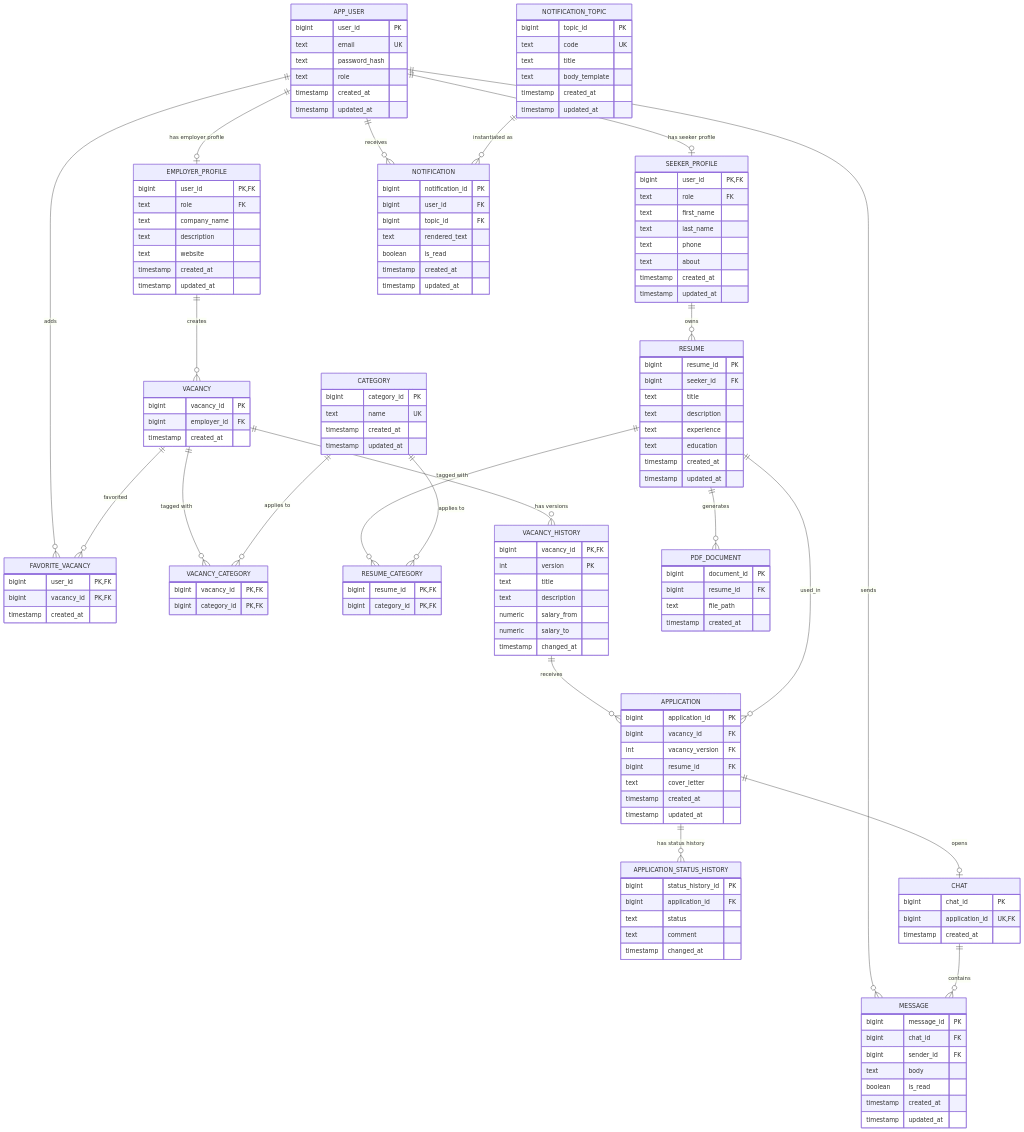
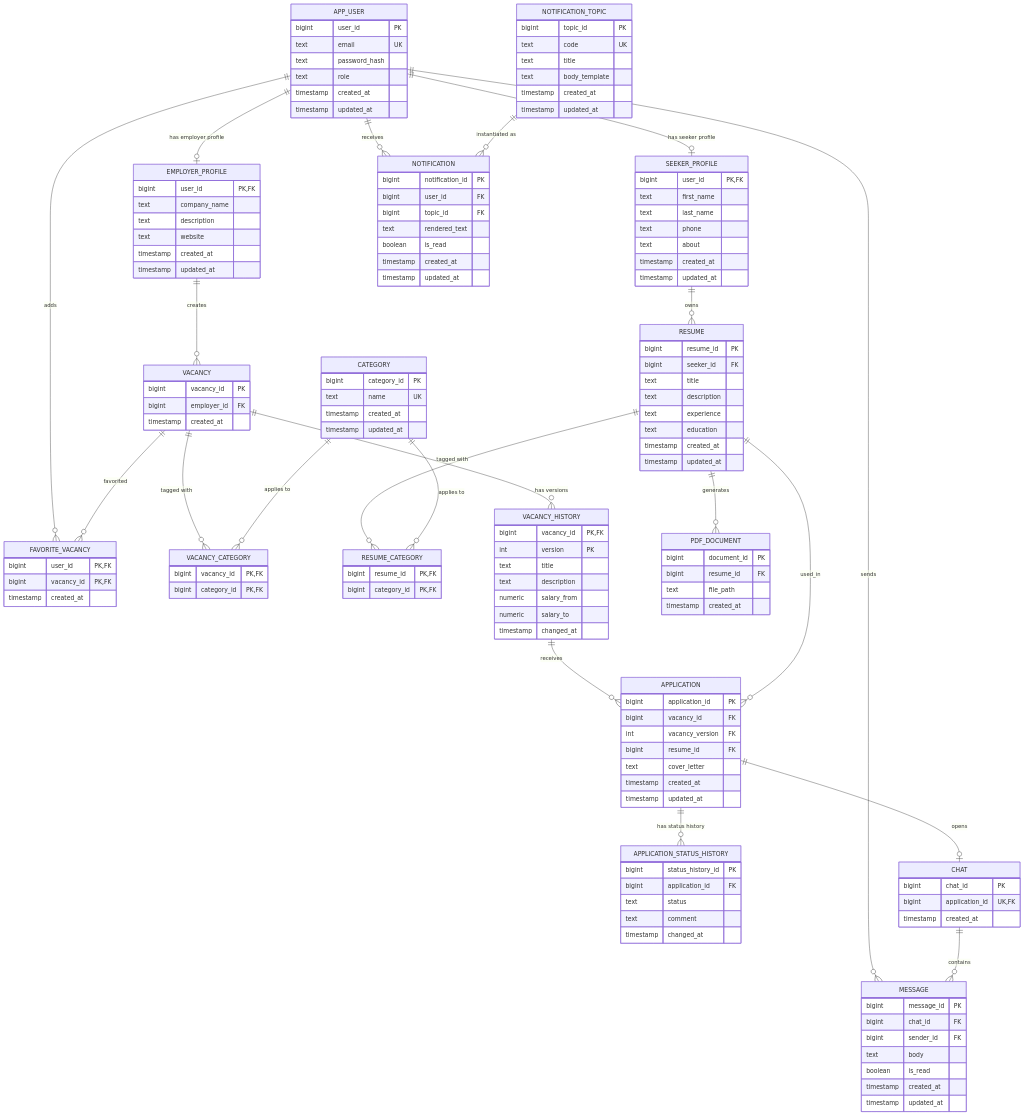
Before and after one commit to go-park-mail-ru/2026_2_villain_go_sync_backend: the diagram in db/normalized/er_diagram.md, drawn with Mermaid. The commit also changed 7 other files, not shown here.

```diff
--- a/db/normalized/er_diagram.md
+++ b/db/normalized/er_diagram.md
@@ -43,7 +43,6 @@
 
     EMPLOYER_PROFILE {
         bigint user_id PK, FK
-        text role FK
         text company_name
         text description
         text website
@@ -53,7 +52,6 @@
 
     SEEKER_PROFILE {
         bigint user_id PK, FK
-        text role FK
         text first_name
         text last_name
         text phone
```
